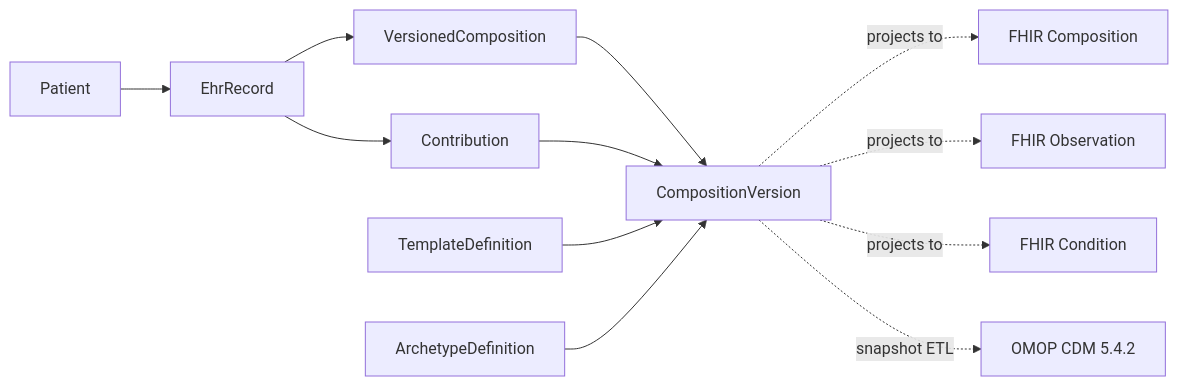
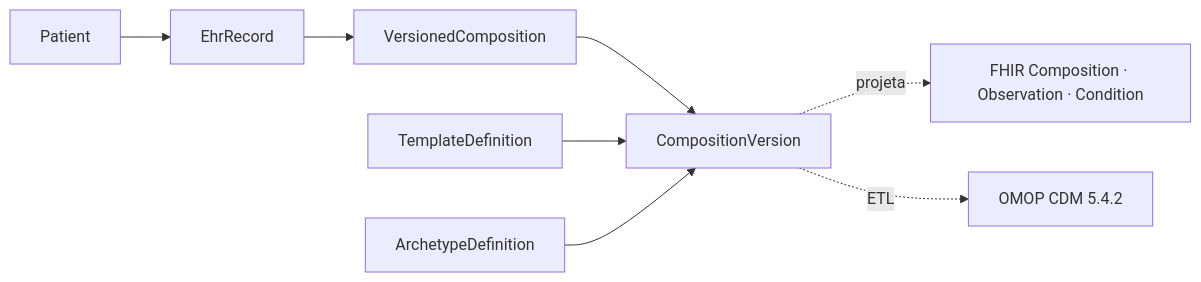
Before and after one commit to filiperochalopes/fhir-soap-record: the diagram in README.md, drawn with Mermaid. The commit also changed other lines of this file and 4 other files, not shown here.

````diff
--- a/README.md
+++ b/README.md
@@ -47,15 +35,8 @@
 ```mermaid
 flowchart LR
-  Patient --> EhrRecord
-  EhrRecord --> Contribution
-  EhrRecord --> VersionedComposition
-  VersionedComposition --> CompositionVersion
-  Contribution --> CompositionVersion
+  Patient --> EhrRecord --> VersionedComposition --> CompositionVersion
   TemplateDefinition --> CompositionVersion
   ArchetypeDefinition --> CompositionVersion
-
-  CompositionVersion -. projects to .-> FHIRComposition[FHIR Composition]
-  CompositionVersion -. projects to .-> FHIRObservation[FHIR Observation]
-  CompositionVersion -. projects to .-> FHIRCondition[FHIR Condition]
-  CompositionVersion -. snapshot ETL .-> OMOP[OMOP CDM 5.4.2]
+  CompositionVersion -. projeta .-> FHIR[FHIR Composition · Observation · Condition]
+  CompositionVersion -. ETL .-> OMOP[OMOP CDM 5.4.2]
 ```
````
